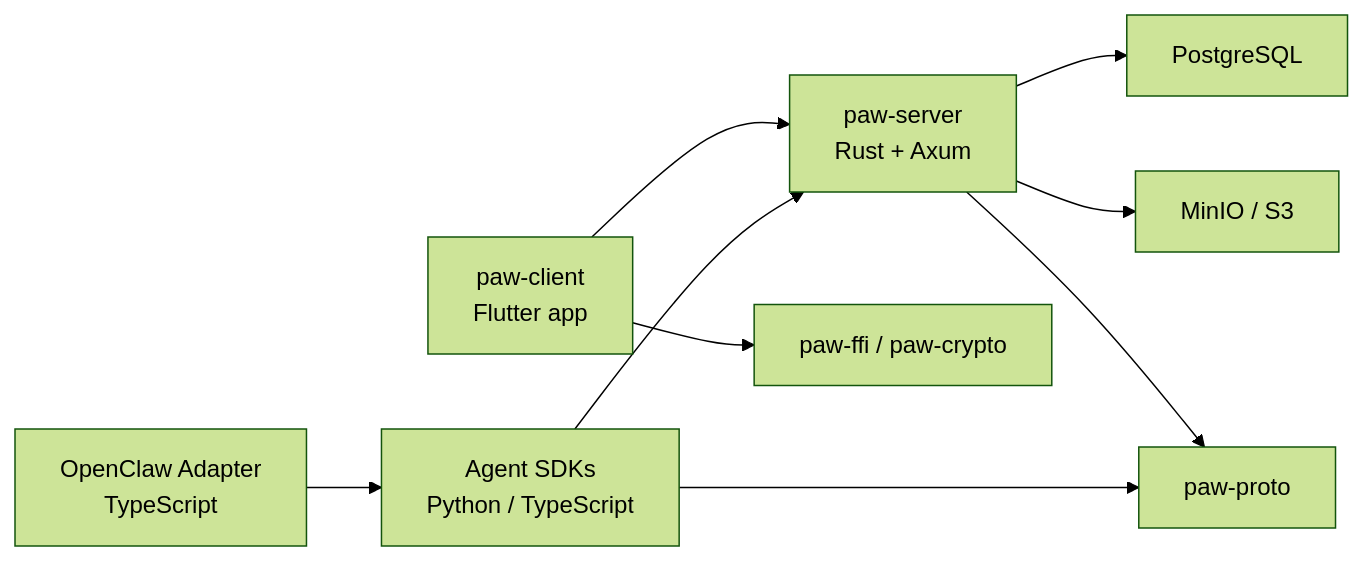
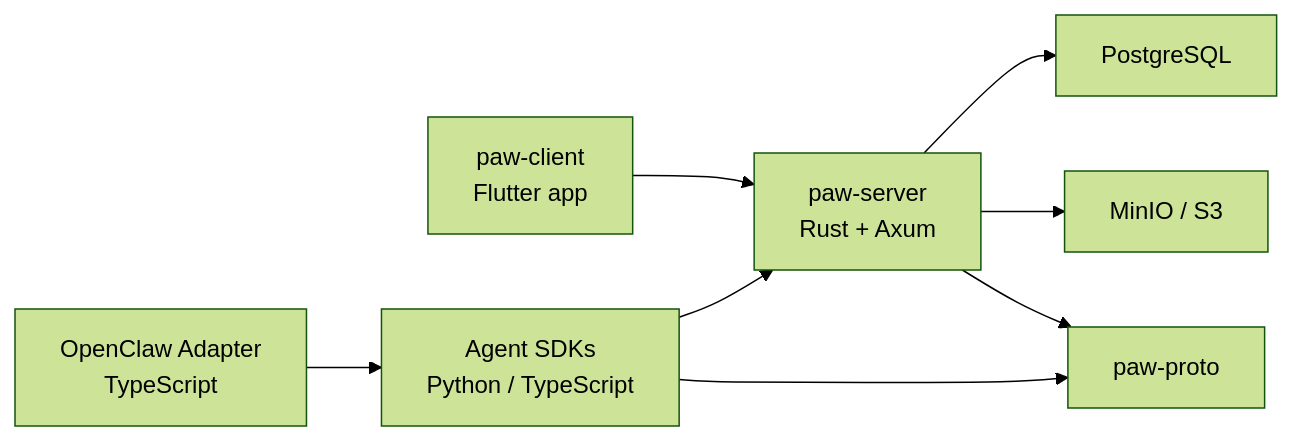
The diagram in README_kr.md (kakao-bart-lee/paw), drawn with Mermaid (forest theme) before and after one commit. The commit also changed other lines of this file and 34 other files, not shown here.

Commit message:
feat: remove paw-ffi from flutter web desktop path

````diff
--- a/README_kr.md
+++ b/README_kr.md
@@ -21,11 +21,10 @@
 ```mermaid
 flowchart LR
     Client["paw-client\nFlutter app"] --> Server["paw-server\nRust + Axum"]
     SDK["Agent SDKs\nPython / TypeScript"] --> Server
     Adapter["OpenClaw Adapter\nTypeScript"] --> SDK
     Server --> DB["PostgreSQL"]
     Server --> S3["MinIO / S3"]
-    Client --> FFI["paw-ffi / paw-crypto"]
     Server --> Proto["paw-proto"]
     SDK --> Proto
 ```
````
